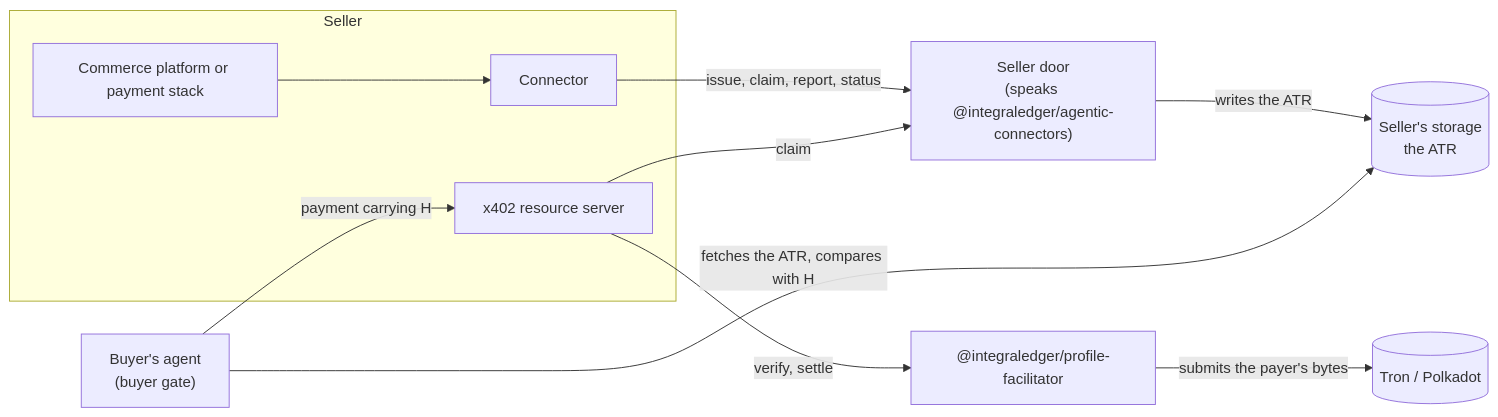
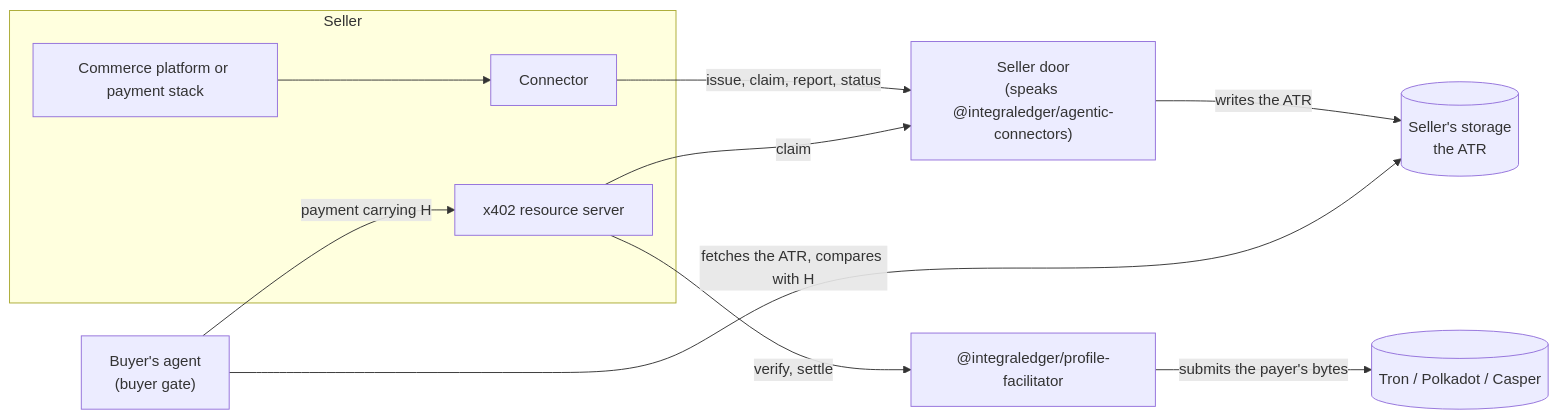
Before and after one commit to IntegraLedger/integra-agentic-connectors: the diagram in README.md, drawn with Mermaid. The commit also changed other lines of this file and 6 other files, not shown here.

First line of the commit message:
docs: the Casper rail, beside the Tron and Polkadot guides

````diff
--- a/README.md
+++ b/README.md
@@ -14,21 +14,21 @@
 ```mermaid
 flowchart LR
     subgraph seller["Seller"]
         platform["Commerce platform or payment stack"]
         connector["Connector"]
         rs["x402 resource server"]
     end
     door["Seller door<br/>(speaks @integraledger/agentic-connectors)"]
     storage[("Seller's storage<br/>the ATR")]
     fac["@integraledger/profile-facilitator"]
-    chain[("Tron / Polkadot")]
+    chain[("Tron / Polkadot / Casper")]
     buyer["Buyer's agent<br/>(buyer gate)"]
     platform --> connector
     connector -- "issue, claim, report, status" --> door
     door -- "writes the ATR" --> storage
     buyer -- "fetches the ATR, compares with H" --> storage
     buyer -- "payment carrying H" --> rs
     rs -- "claim" --> door
     rs -- "verify, settle" --> fac
     fac -- "submits the payer's bytes" --> chain
 ```
````
